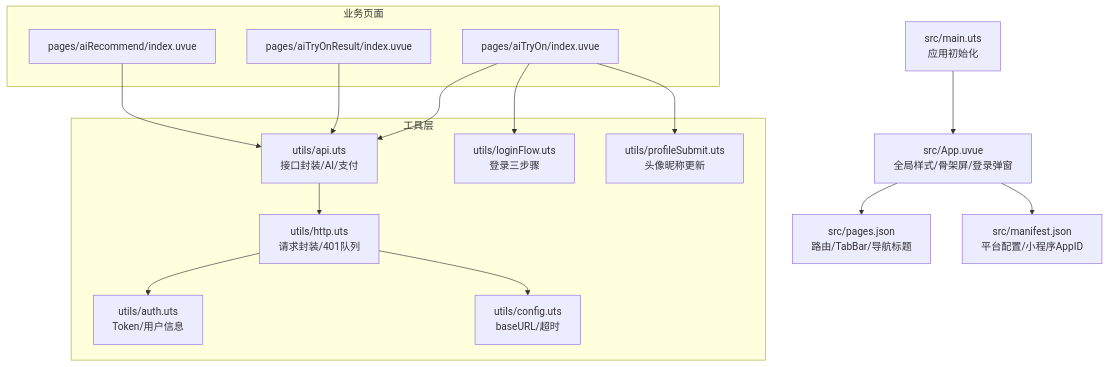
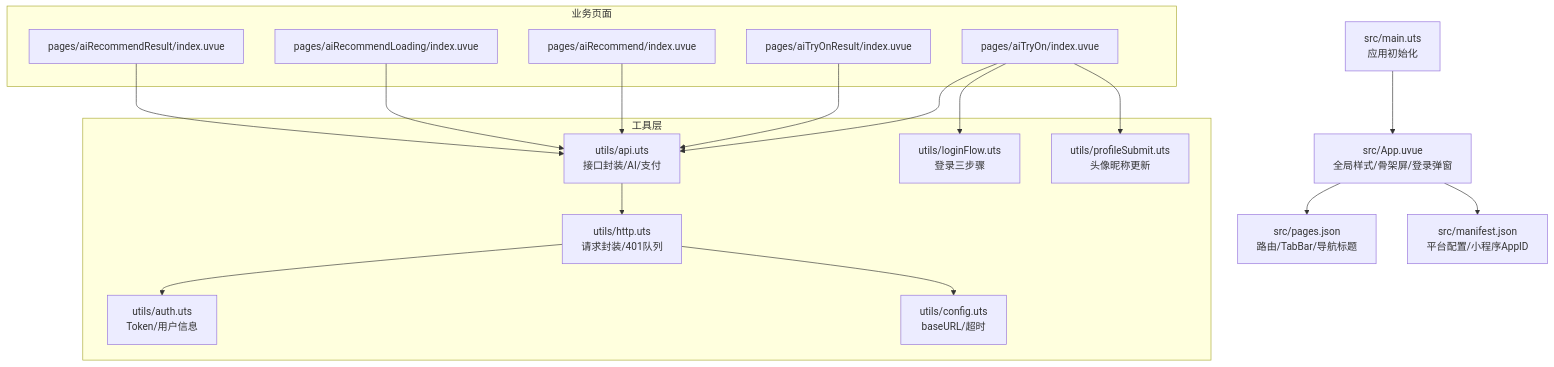
One commit to crazyma99/blueberry changed the first of 8 diagrams in .qoder/repowiki/zh/content/核心功能模块/AI试衣功能/AI试衣支付系统.md. Above: the diagram before and after it, drawn with Mermaid. The commit also changed other lines of this file and 6 other files, not shown here.

````diff
--- a/.qoder/repowiki/zh/content/核心功能模块/AI试衣功能/AI试衣支付系统.md
+++ b/.qoder/repowiki/zh/content/核心功能模块/AI试衣功能/AI试衣支付系统.md
@@ -48,27 +59,31 @@
 ```mermaid
 graph TB
 A["src/main.uts<br/>应用初始化"] --> B["src/App.uvue<br/>全局样式/骨架屏/登录弹窗"]
 B --> C["src/pages.json<br/>路由/TabBar/导航标题"]
 B --> D["src/manifest.json<br/>平台配置/小程序AppID"]
 subgraph "业务页面"
 P1["pages/aiTryOn/index.uvue"]
 P2["pages/aiTryOnResult/index.uvue"]
 P3["pages/aiRecommend/index.uvue"]
+P4["pages/aiRecommendLoading/index.uvue"]
+P5["pages/aiRecommendResult/index.uvue"]
 end
 subgraph "工具层"
 U1["utils/api.uts<br/>接口封装/AI/支付"]
 U2["utils/http.uts<br/>请求封装/401队列"]
 U3["utils/auth.uts<br/>Token/用户信息"]
 U4["utils/config.uts<br/>baseURL/超时"]
 U5["utils/loginFlow.uts<br/>登录三步骤"]
 U6["utils/profileSubmit.uts<br/>头像昵称更新"]
 end
 P1 --> U1
 P2 --> U1
 P3 --> U1
+P4 --> U1
+P5 --> U1
 U1 --> U2
 U2 --> U3
 U2 --> U4
 P1 --> U5
 P1 --> U6
 ```
````
